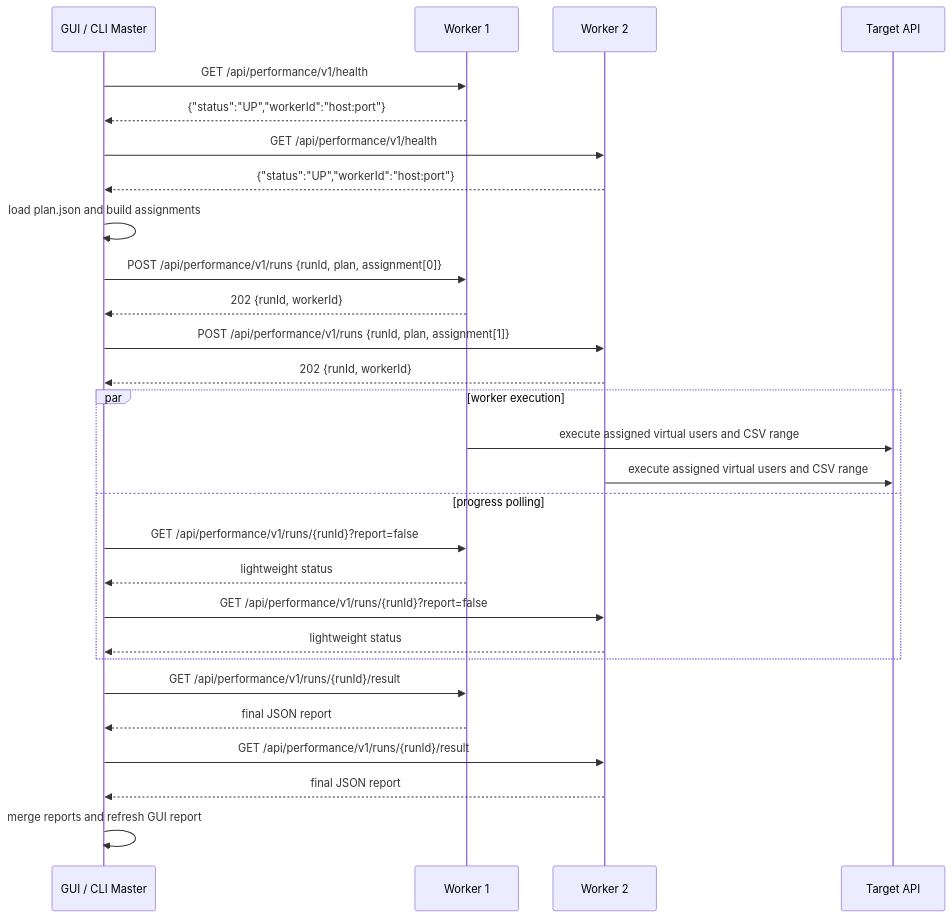
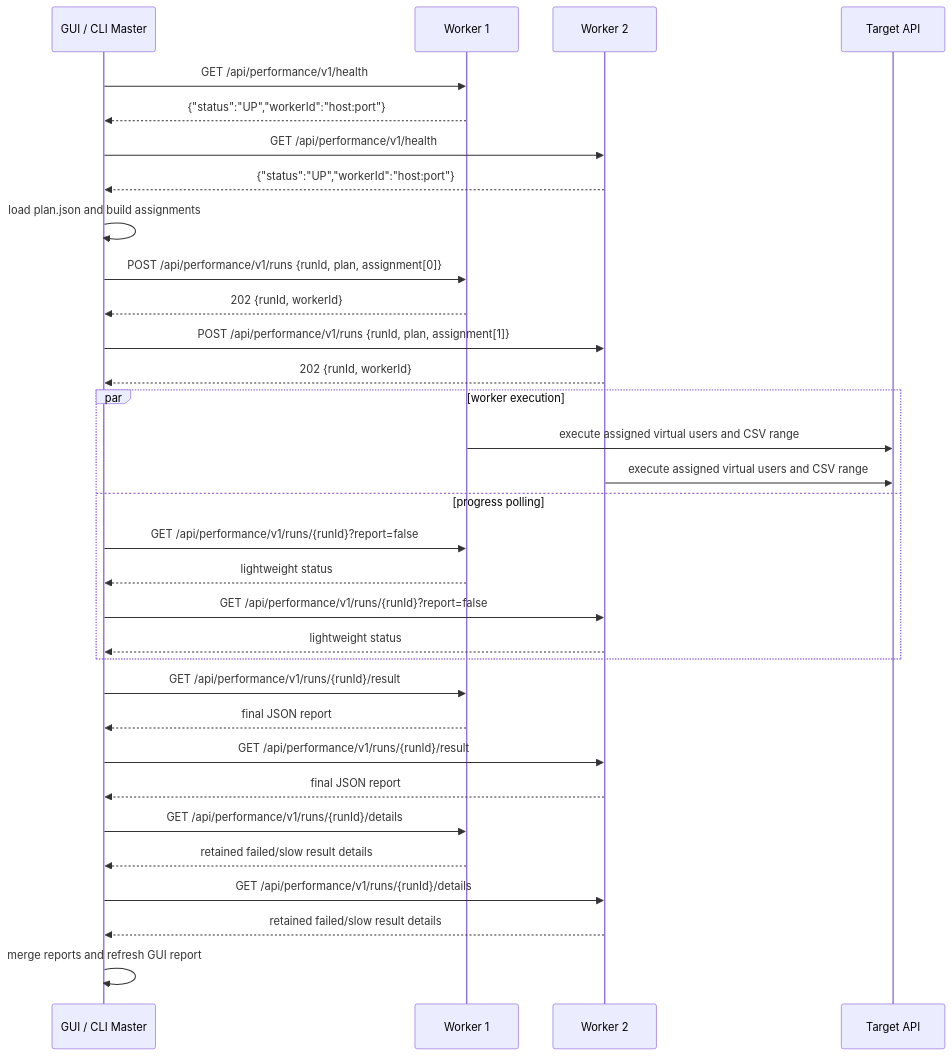
Before and after one commit to lakernote/EasyPostman: the diagram in docs/performance-load-test-design.md, drawn with Mermaid. The commit also changed other lines of this file and 26 other files, not shown here.

````diff
--- a/docs/performance-load-test-design.md
+++ b/docs/performance-load-test-design.md
@@ -179,34 +177,38 @@
 ```mermaid
 sequenceDiagram
     participant GUI as GUI / CLI Master
     participant W1 as Worker 1
     participant W2 as Worker 2
     participant T as Target API
 
     GUI->>W1: GET /api/performance/v1/health
     W1-->>GUI: {"status":"UP","workerId":"host:port"}
     GUI->>W2: GET /api/performance/v1/health
     W2-->>GUI: {"status":"UP","workerId":"host:port"}
 
     GUI->>GUI: load plan.json and build assignments
     GUI->>W1: POST /api/performance/v1/runs {runId, plan, assignment[0]}
     W1-->>GUI: 202 {runId, workerId}
     GUI->>W2: POST /api/performance/v1/runs {runId, plan, assignment[1]}
     W2-->>GUI: 202 {runId, workerId}
 
     par worker execution
         W1->>T: execute assigned virtual users and CSV range
         W2->>T: execute assigned virtual users and CSV range
     and progress polling
         GUI->>W1: GET /api/performance/v1/runs/{runId}?report=false
         W1-->>GUI: lightweight status
         GUI->>W2: GET /api/performance/v1/runs/{runId}?report=false
         W2-->>GUI: lightweight status
     end
 
     GUI->>W1: GET /api/performance/v1/runs/{runId}/result
     W1-->>GUI: final JSON report
     GUI->>W2: GET /api/performance/v1/runs/{runId}/result
     W2-->>GUI: final JSON report
+    GUI->>W1: GET /api/performance/v1/runs/{runId}/details
+    W1-->>GUI: retained failed/slow result details
+    GUI->>W2: GET /api/performance/v1/runs/{runId}/details
+    W2-->>GUI: retained failed/slow result details
     GUI->>GUI: merge reports and refresh GUI report
 ```
````
